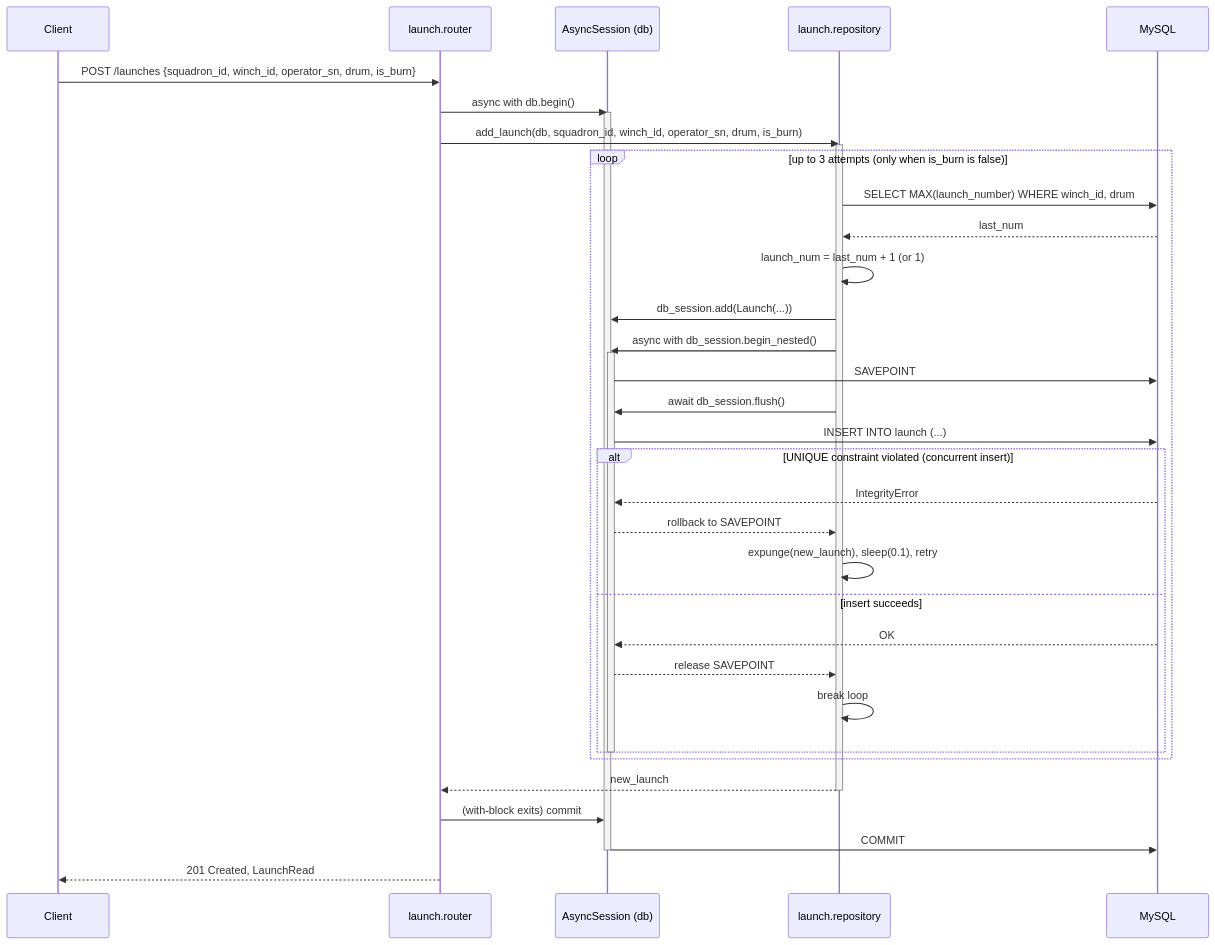
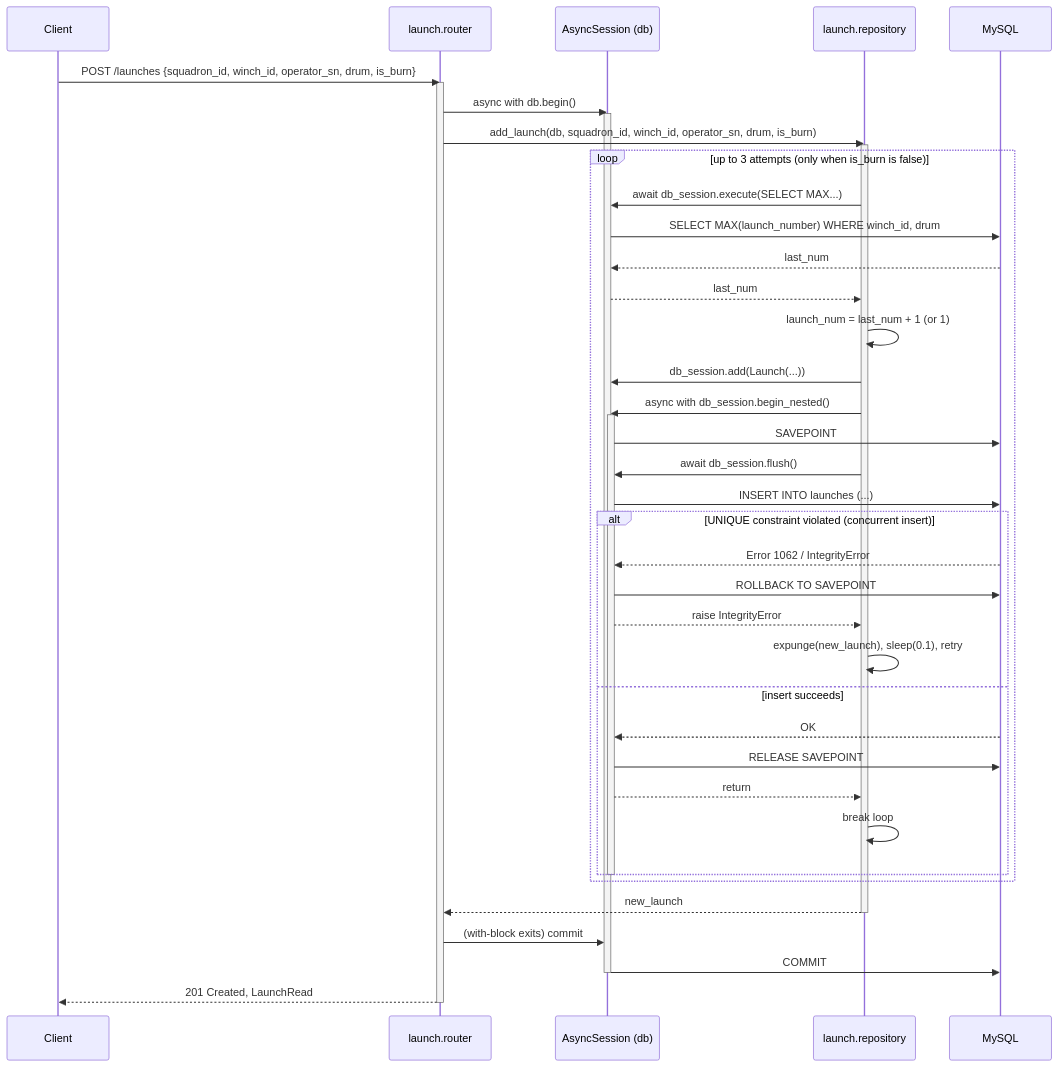
Before and after one commit to Rodojodo/vikingwinch: the first of 2 diagrams in docs/diagrams/backend-orchestrated-write-sequence.md, drawn with Mermaid. The commit also changed other lines of this file, not shown here.

Commit message:
docs(diagrams): align write sequence diagrams with schema and issue 80

````diff
--- a/docs/diagrams/backend-orchestrated-write-sequence.md
+++ b/docs/diagrams/backend-orchestrated-write-sequence.md
@@ -23,42 +33,49 @@
 ```mermaid
 sequenceDiagram
     participant Client
     participant Router as launch.router
     participant Session as AsyncSession (db)
     participant Repo as launch.repository
     participant DB as MySQL
+
     Client ->> Router: POST /launches {squadron_id, winch_id, operator_sn, drum, is_burn}
+    activate Router
     Router ->> Session: async with db.begin()
     activate Session
     Router ->> Repo: add_launch(db, squadron_id, winch_id, operator_sn, drum, is_burn)
     activate Repo
 
     loop up to 3 attempts (only when is_burn is false)
-        Repo ->> DB: SELECT MAX(launch_number) WHERE winch_id, drum
-        DB -->> Repo: last_num
+        Repo ->> Session: await db_session.execute(SELECT MAX...)
+        Session ->> DB: SELECT MAX(launch_number) WHERE winch_id, drum
+        DB -->> Session: last_num
+        Session -->> Repo: last_num
         Repo ->> Repo: launch_num = last_num + 1 (or 1)
         Repo ->> Session: db_session.add(Launch(...))
         Repo ->> Session: async with db_session.begin_nested()
         activate Session
         Session ->> DB: SAVEPOINT
         Repo ->> Session: await db_session.flush()
-        Session ->> DB: INSERT INTO launch (...)
+        Session ->> DB: INSERT INTO launches (...)
         alt UNIQUE constraint violated (concurrent insert)
-            DB -->> Session: IntegrityError
-            Session -->> Repo: rollback to SAVEPOINT
+            DB -->> Session: Error 1062 / IntegrityError
+            Session ->> DB: ROLLBACK TO SAVEPOINT
+            Session -->> Repo: raise IntegrityError
             Repo ->> Repo: expunge(new_launch), sleep(0.1), retry
         else insert succeeds
             DB -->> Session: OK
-            Session -->> Repo: release SAVEPOINT
-          Repo ->> Repo: break loop
+            Session ->> DB: RELEASE SAVEPOINT
+            Session -->> Repo: return
+            Repo ->> Repo: break loop
         end
-      deactivate Session
+        deactivate Session
     end
 
     Repo -->> Router: new_launch
     deactivate Repo
     Router ->> Session: (with-block exits) commit
     Session ->> DB: COMMIT
     deactivate Session
     Router -->> Client: 201 Created, LaunchRead
+    deactivate Router
 ```
````
